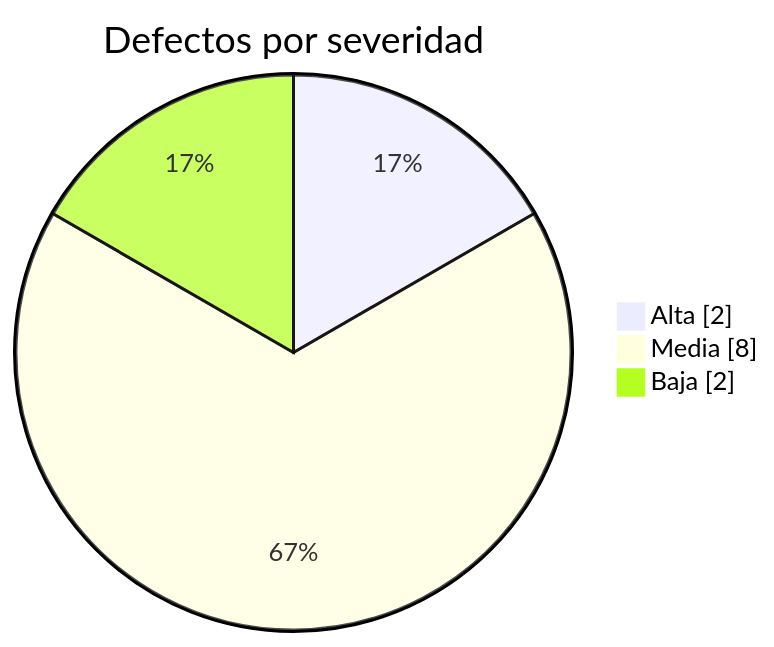
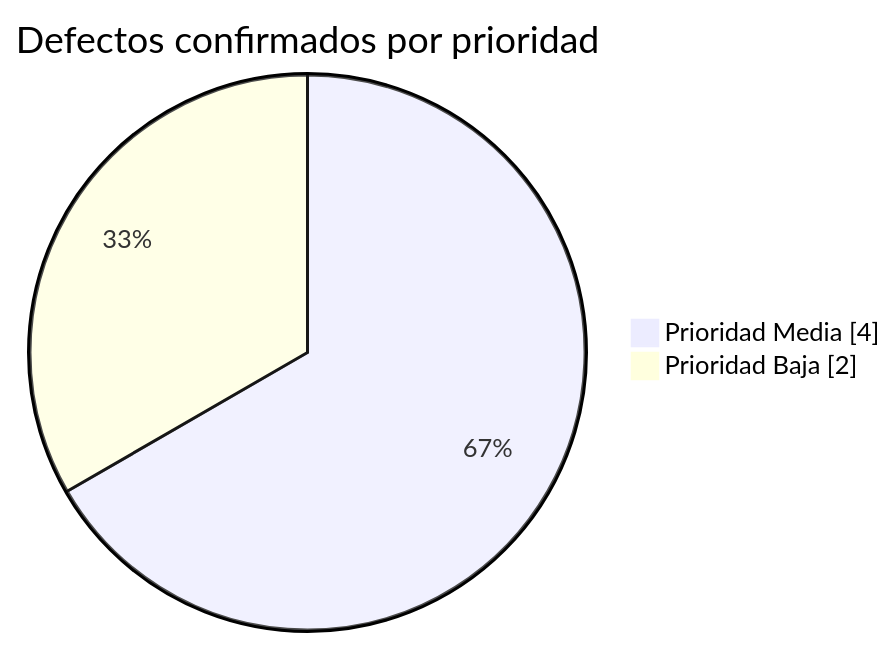
One commit to Blistahub/qa-portfolio-orangehrm changed the second of 2 diagrams in 04-informe-ejecucion.md. Above: the diagram before and after it, drawn with Mermaid. The commit also changed other lines of this file, not shown here.

````diff
--- a/04-informe-ejecucion.md
+++ b/04-informe-ejecucion.md
@@ -71,7 +78,6 @@
 ```mermaid
 pie showData
-    title Defectos por severidad
-    "Alta" : 2
-    "Media" : 8
-    "Baja" : 2
+    title Defectos confirmados por prioridad
+    "Prioridad Media" : 4
+    "Prioridad Baja" : 2
 ```
````
